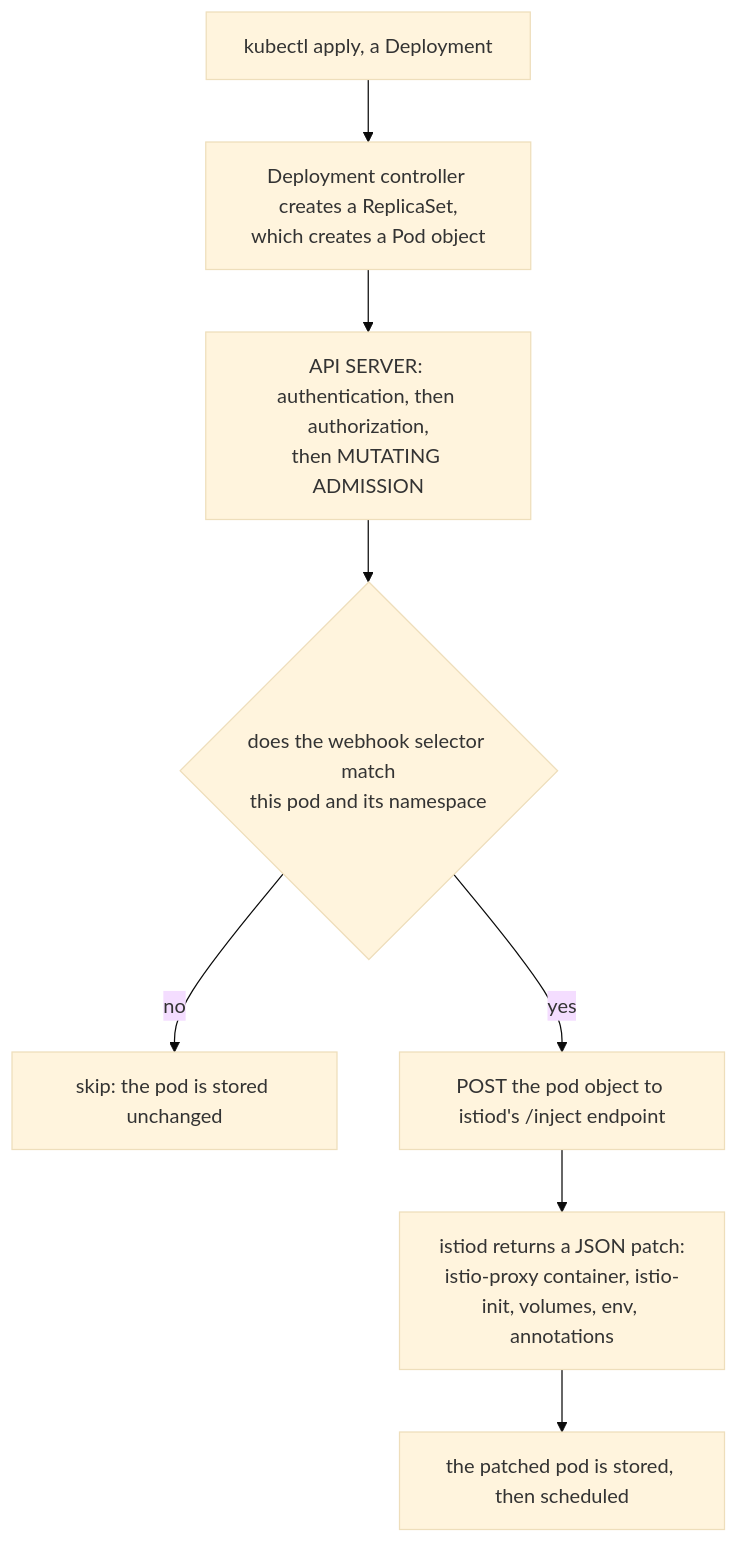
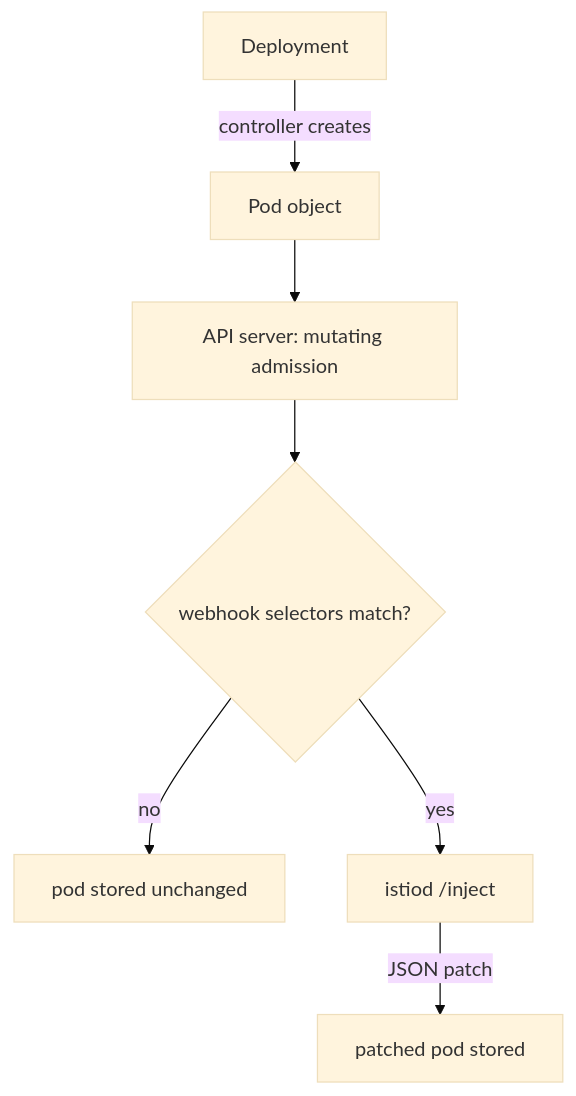
Before and after one commit to astrona-io/ATS013: the diagram in sections/section-020/module-02/course-01-injection-as-admission-control.md, drawn with Mermaid (base theme). The commit also changed other lines of this file and 25 other files, not shown here.

````diff
--- a/sections/section-020/module-02/course-01-injection-as-admission-control.md
+++ b/sections/section-020/module-02/course-01-injection-as-admission-control.md
@@ -9,10 +15,9 @@
 ```mermaid
 flowchart TD
-    A["kubectl apply, a Deployment"] --> B["Deployment controller creates a ReplicaSet,<br/>which creates a Pod object"]
-    B --> C["API SERVER: authentication, then authorization,<br/>then MUTATING ADMISSION"]
-    C --> D{"does the webhook selector match<br/>this pod and its namespace"}
-    D -->|"no"| S["skip: the pod is stored unchanged"]
-    D -->|"yes"| P["POST the pod object to istiod's /inject endpoint"]
-    P --> J["istiod returns a JSON patch:<br/>istio-proxy container, istio-init, volumes, env, annotations"]
-    J --> ST["the patched pod is stored, then scheduled"]
+    A["Deployment"] -->|"controller creates"| B["Pod object"]
+    B --> C["API server: mutating admission"]
+    C --> D{"webhook selectors match?"}
+    D -->|"no"| S["pod stored unchanged"]
+    D -->|"yes"| P["istiod /inject"]
+    P -->|"JSON patch"| ST["patched pod stored"]
 ```
````
